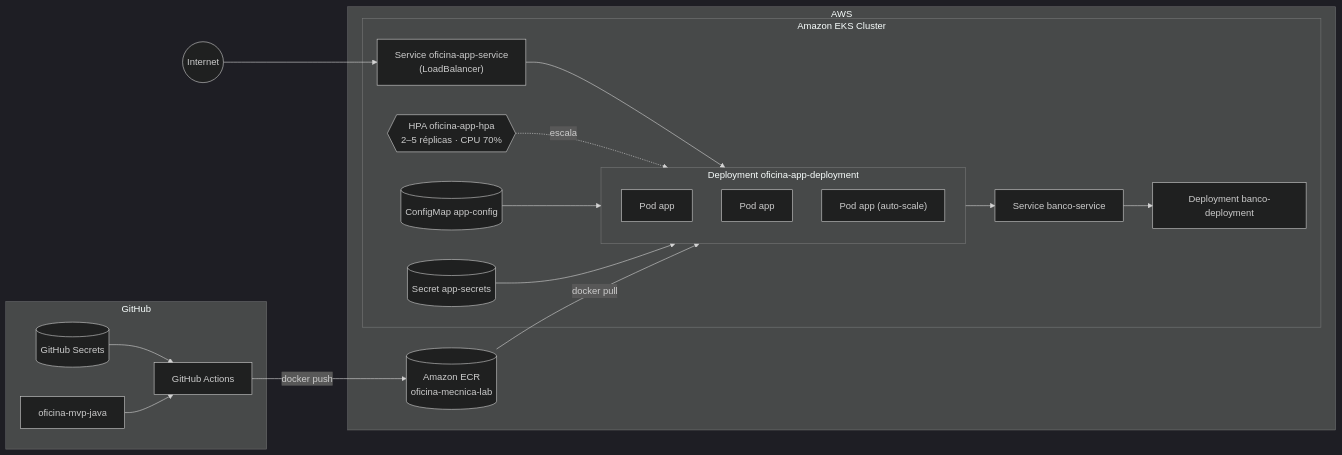
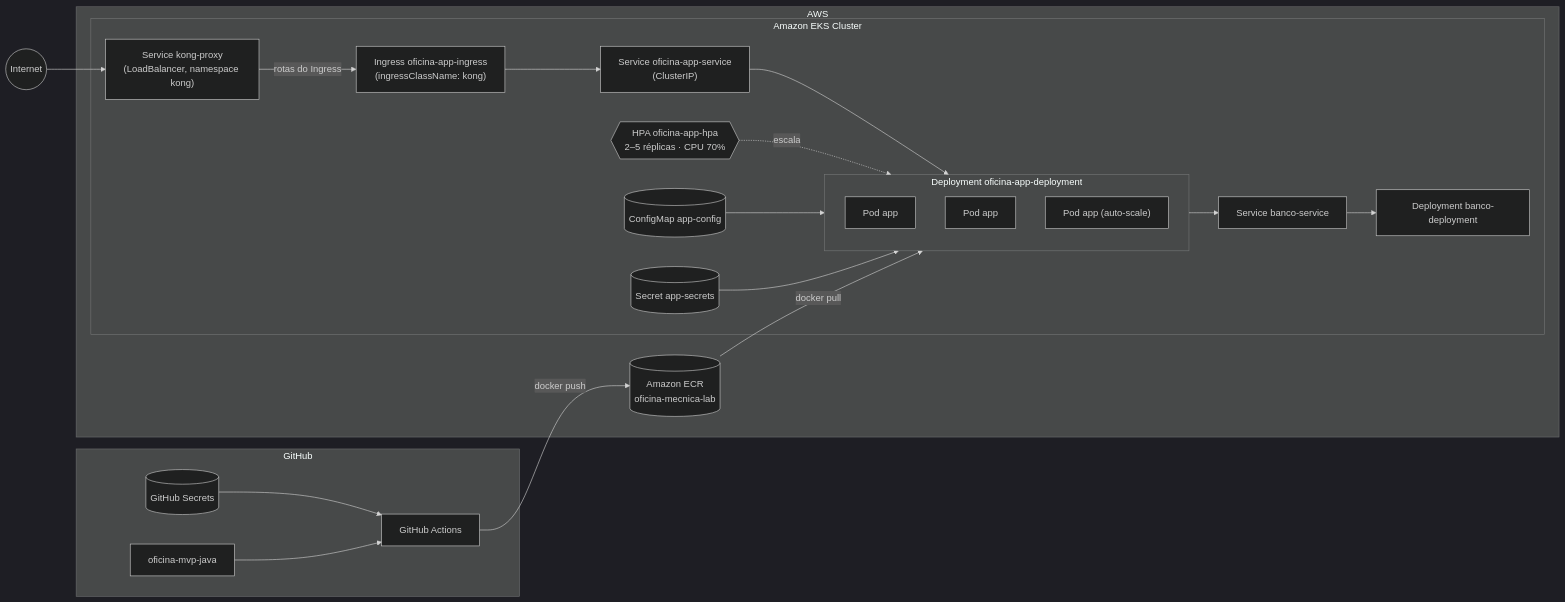
One commit to lukebria/oficina-mvp-java-backend changed the second of 2 diagrams in README.md. Above: the diagram before and after it, drawn with Mermaid (dark theme). The commit also changed other lines of this file and 5 other files, not shown here.

First line of the commit message:
Adiciona Kong como API Gateway (Ingress + Service ClusterIP)

````diff
--- a/README.md
+++ b/README.md
@@ -168,36 +168,40 @@
 ```mermaid
 flowchart LR
     subgraph GH["GitHub"]
         REPO["oficina-mvp-java"]
         GHA["GitHub Actions"]
         SECRETS[("GitHub Secrets")]
     end
 
     subgraph AWS["AWS"]
         ECR[("Amazon ECR<br/>oficina-mecnica-lab")]
         subgraph EKS["Amazon EKS Cluster"]
-            LB["Service oficina-app-service<br/>(LoadBalancer)"]
+            KONGLB["Service kong-proxy<br/>(LoadBalancer, namespace kong)"]
+            ING["Ingress oficina-app-ingress<br/>(ingressClassName: kong)"]
+            SVC["Service oficina-app-service<br/>(ClusterIP)"]
             HPA{{"HPA oficina-app-hpa<br/>2–5 réplicas · CPU 70%"}}
             subgraph Pods["Deployment oficina-app-deployment"]
                 POD1["Pod app"]
                 POD2["Pod app"]
                 PODN["Pod app (auto-scale)"]
             end
             CM[("ConfigMap app-config")]
             SEC2[("Secret app-secrets")]
             DBDEP["Deployment banco-deployment"]
             DBSVC["Service banco-service"]
         end
     end
 
-    INTERNET(("Internet")) --> LB
-    LB --> Pods
+    INTERNET(("Internet")) --> KONGLB
+    KONGLB -->|"rotas do Ingress"| ING
+    ING --> SVC
+    SVC --> Pods
     HPA -. escala .-> Pods
     CM --> Pods
     SEC2 --> Pods
     Pods --> DBSVC --> DBDEP
     GHA -->|"docker push"| ECR
     ECR -->|"docker pull"| Pods
     SECRETS --> GHA
     REPO --> GHA
 ```
````
